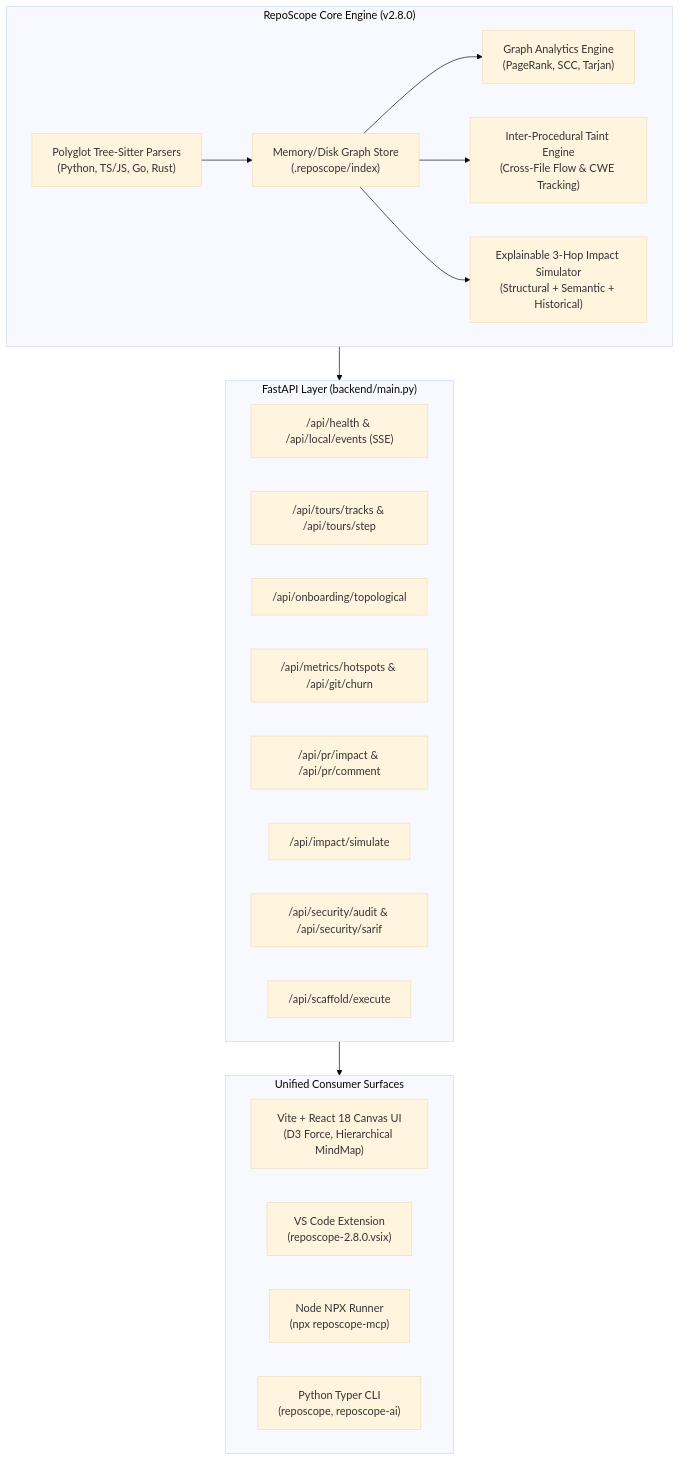
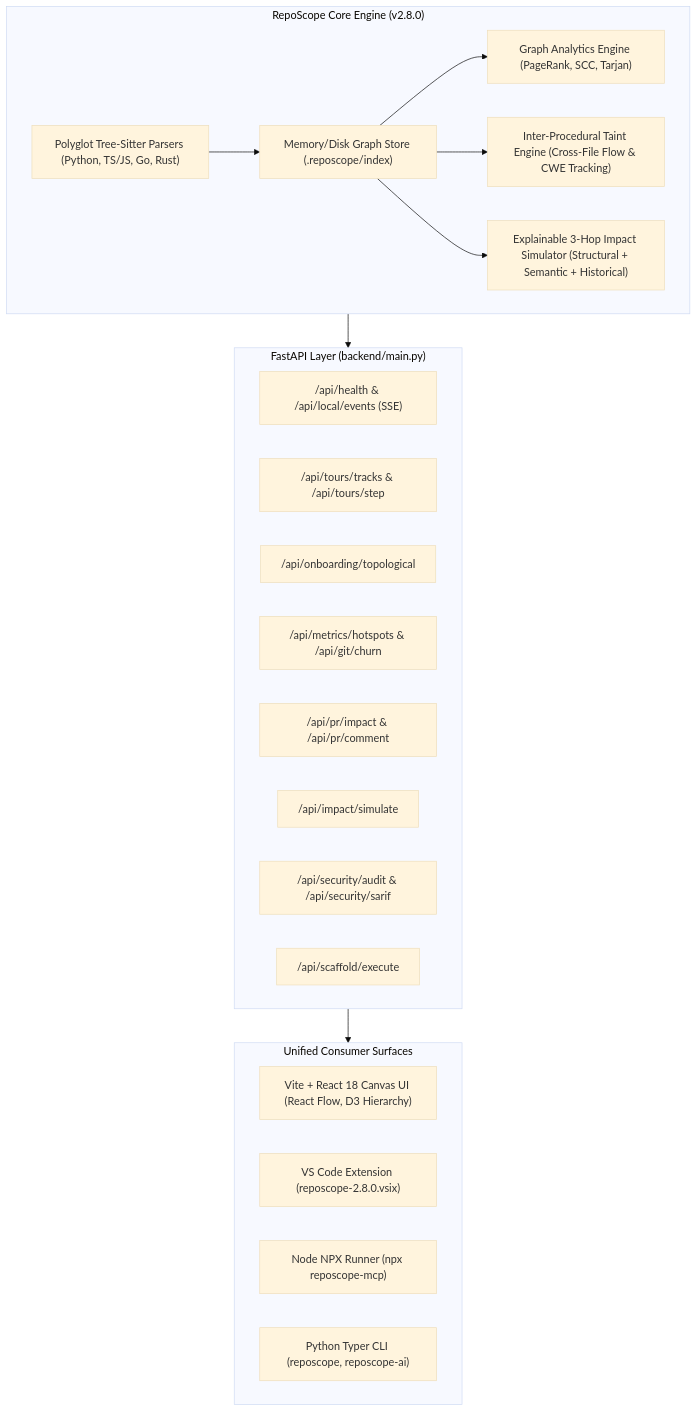
The diagram in README.md (adityapatel5912/RepoScope), drawn with Mermaid (base theme) before and after one commit. The commit also changed other lines of this file, not shown here.

````diff
--- a/README.md
+++ b/README.md
@@ -32,30 +32,30 @@
 ```mermaid
 graph TD
     subgraph Core ["RepoScope Core Engine (v2.8.0)"]
-        TreeSitter["Polyglot Tree-Sitter Parsers\n(Python, TS/JS, Go, Rust)"] --> GraphStore["Memory/Disk Graph Store\n(.reposcope/index)"]
-        GraphStore --> GraphAnalysis["Graph Analytics Engine\n(PageRank, SCC, Tarjan)"]
-        GraphStore --> TaintEngine["Inter-Procedural Taint Engine\n(Cross-File Flow & CWE Tracking)"]
-        GraphStore --> ImpactSim["Explainable 3-Hop Impact Simulator\n(Structural + Semantic + Historical)"]
+        TreeSitter["Polyglot Tree-Sitter Parsers (Python, TS/JS, Go, Rust)"] --> GraphStore["Memory/Disk Graph Store (.reposcope/index)"]
+        GraphStore --> GraphAnalysis["Graph Analytics Engine (PageRank, SCC, Tarjan)"]
+        GraphStore --> TaintEngine["Inter-Procedural Taint Engine (Cross-File Flow & CWE Tracking)"]
+        GraphStore --> ImpactSim["Explainable 3-Hop Impact Simulator (Structural + Semantic + Historical)"]
     end
 
     subgraph APIs ["FastAPI Layer (backend/main.py)"]
         APIsHealth["/api/health & /api/local/events (SSE)"]
         APIsTours["/api/tours/tracks & /api/tours/step"]
         APIsOnboard["/api/onboarding/topological"]
         APIsHotspots["/api/metrics/hotspots & /api/git/churn"]
         APIsPR["/api/pr/impact & /api/pr/comment"]
         APIsSim["/api/impact/simulate"]
         APIsSecurity["/api/security/audit & /api/security/sarif"]
         APIsScaffold["/api/scaffold/execute"]
     end
 
     subgraph Frontends ["Unified Consumer Surfaces"]
-        ReactUI["Vite + React 18 Canvas UI\n(D3 Force, Hierarchical MindMap)"]
-        VSCodeExt["VS Code Extension\n(reposcope-2.8.0.vsix)"]
-        NPX_MCP["Node NPX Runner\n(npx reposcope-mcp)"]
-        CLI["Python Typer CLI\n(reposcope, reposcope-ai)"]
+        ReactUI["Vite + React 18 Canvas UI (React Flow, D3 Hierarchy)"]
+        VSCodeExt["VS Code Extension (reposcope-2.8.0.vsix)"]
+        NPX_MCP["Node NPX Runner (npx reposcope-mcp)"]
+        CLI["Python Typer CLI (reposcope, reposcope-ai)"]
     end
 
     Core --> APIs
     APIs --> Frontends
 ```
````
